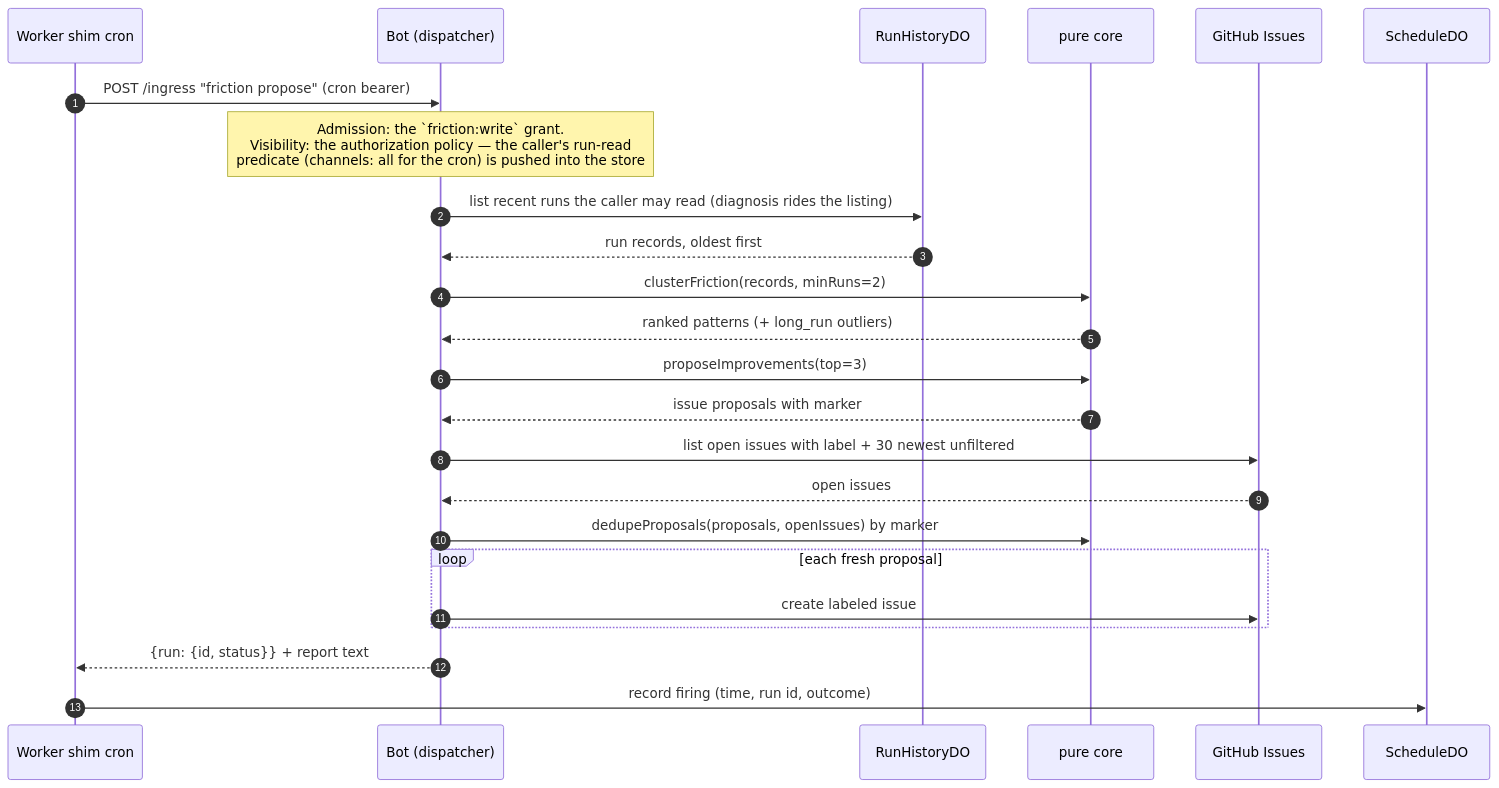
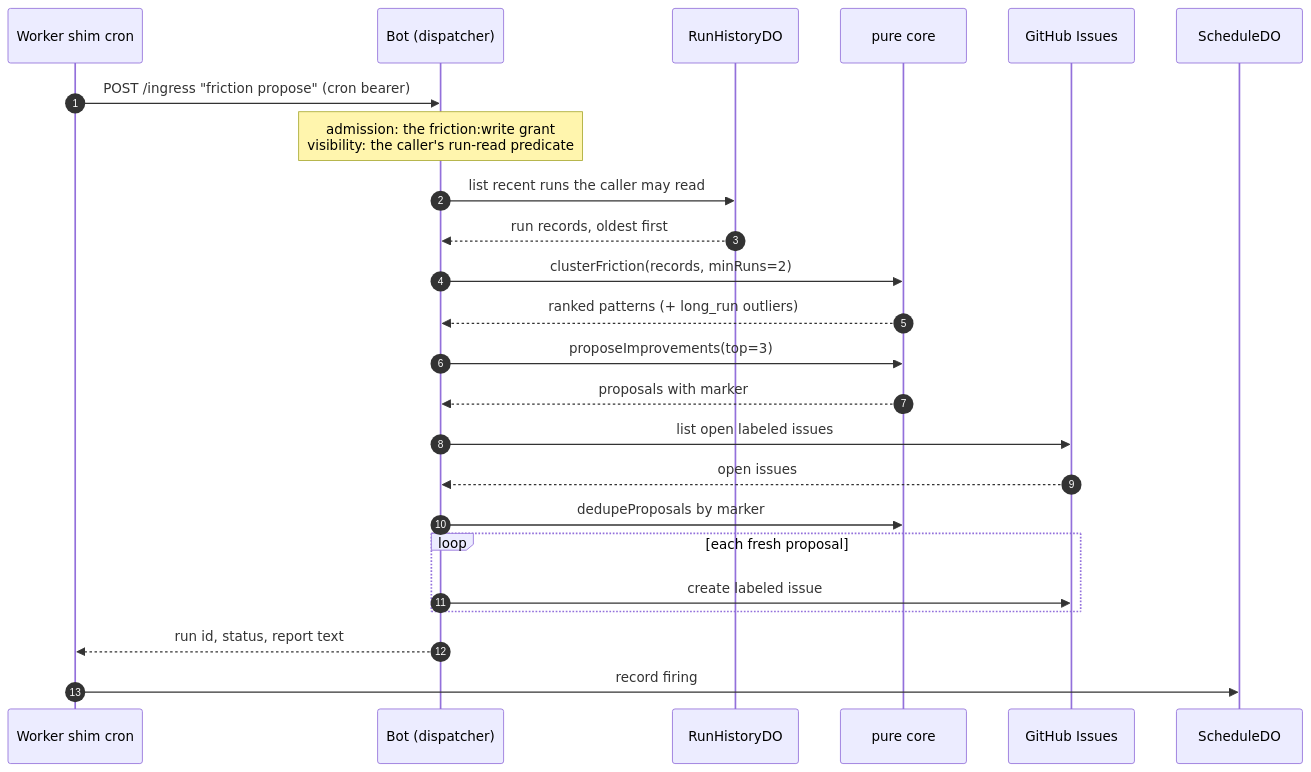
Before and after one commit to coreplanelabs/switchboard: the third of 4 diagrams in docs/explanation/how-switchboard-improves-itself.md, drawn with Mermaid. The commit also changed other lines of this file and 13 other files, not shown here.

````diff
--- a/docs/explanation/how-switchboard-improves-itself.md
+++ b/docs/explanation/how-switchboard-improves-itself.md
@@ -72,27 +67,27 @@
 ```mermaid
 sequenceDiagram
     autonumber
     participant Shim as Worker shim cron
     participant Bot as Bot (dispatcher)
     participant Store as RunHistoryDO
     participant Core as pure core
     participant GH as GitHub Issues
     participant SDO as ScheduleDO
 
     Shim->>Bot: POST /ingress "friction propose" (cron bearer)
-    Note over Bot: Admission: the `friction:write` grant.<br/>Visibility: the authorization policy — the caller's run-read<br/>predicate (channels: all for the cron) is pushed into the store
-    Bot->>Store: list recent runs the caller may read (diagnosis rides the listing)
+    Note over Bot: admission: the friction:write grant<br/>visibility: the caller's run-read predicate
+    Bot->>Store: list recent runs the caller may read
     Store-->>Bot: run records, oldest first
     Bot->>Core: clusterFriction(records, minRuns=2)
     Core-->>Bot: ranked patterns (+ long_run outliers)
     Bot->>Core: proposeImprovements(top=3)
-    Core-->>Bot: issue proposals with marker
-    Bot->>GH: list open issues with label + 30 newest unfiltered
+    Core-->>Bot: proposals with marker
+    Bot->>GH: list open labeled issues
     GH-->>Bot: open issues
-    Bot->>Core: dedupeProposals(proposals, openIssues) by marker
+    Bot->>Core: dedupeProposals by marker
     loop each fresh proposal
         Bot->>GH: create labeled issue
     end
-    Bot-->>Shim: {run: {id, status}} + report text
-    Shim->>SDO: record firing (time, run id, outcome)
+    Bot-->>Shim: run id, status, report text
+    Shim->>SDO: record firing
 ```
````
